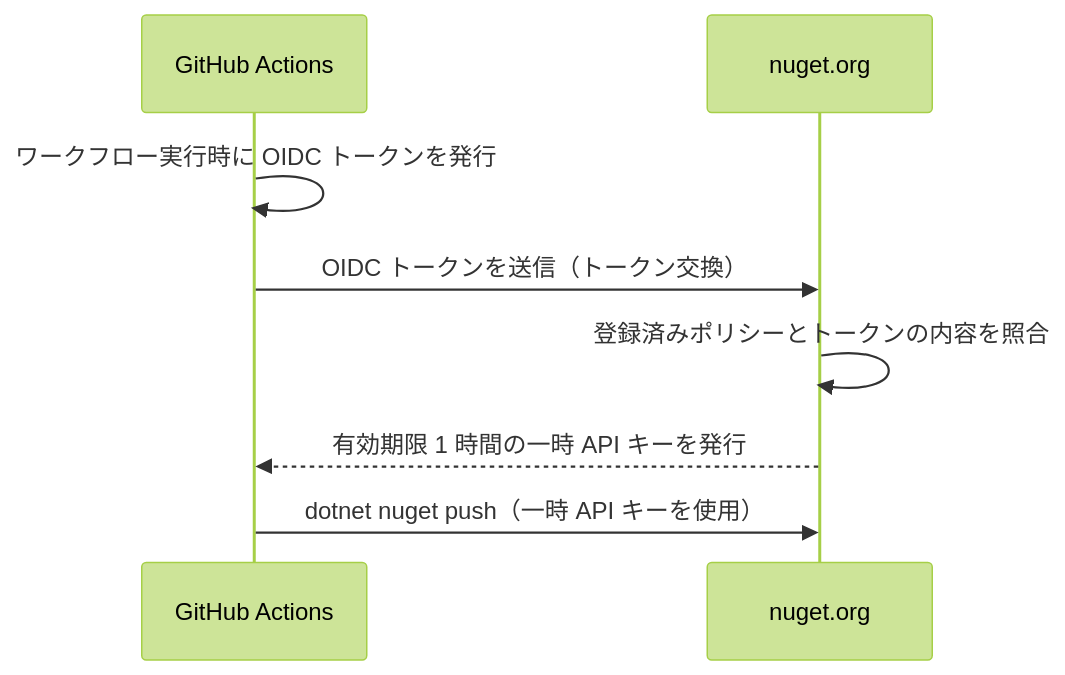
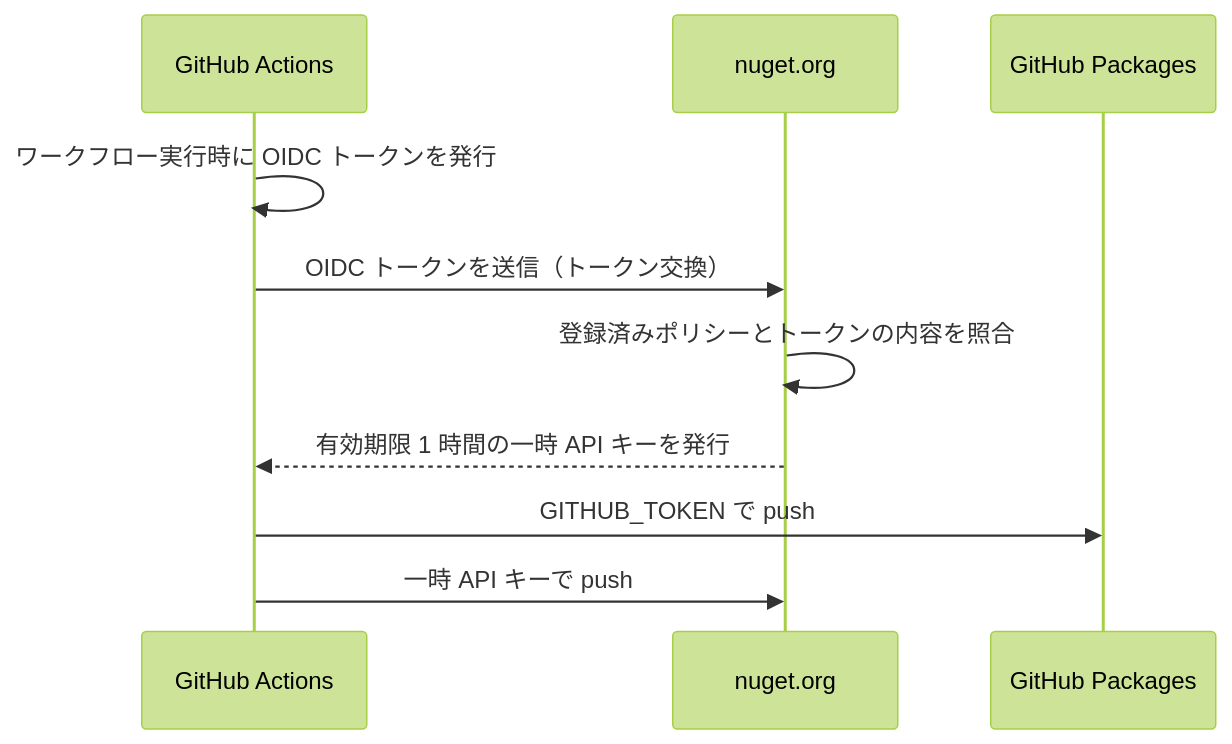
One commit to tomokuni/EsUtil.Helper.ZenHanConverter changed the diagram in .github/PUBLISHING.md. Above: the diagram before and after it, drawn with Mermaid (forest theme). The commit also changed other lines of this file and 2 other files, not shown here.

First line of the commit message:
GitHub Packages への公開とバッジの追加

````diff
--- a/.github/PUBLISHING.md
+++ b/.github/PUBLISHING.md
@@ -8,10 +12,12 @@
 ```mermaid
 sequenceDiagram
     participant GH as GitHub Actions
     participant N as nuget.org
+    participant P as GitHub Packages
     GH->>GH: ワークフロー実行時に OIDC トークンを発行
     GH->>N: OIDC トークンを送信（トークン交換）
     N->>N: 登録済みポリシーとトークンの内容を照合
     N-->>GH: 有効期限 1 時間の一時 API キーを発行
-    GH->>N: dotnet nuget push（一時 API キーを使用）
+    GH->>P: GITHUB_TOKEN で push
+    GH->>N: 一時 API キーで push
 ```
````
